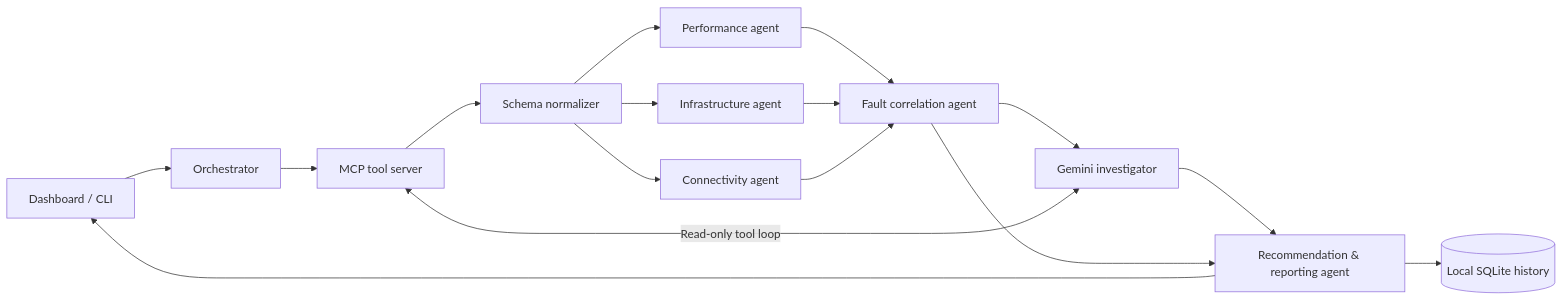
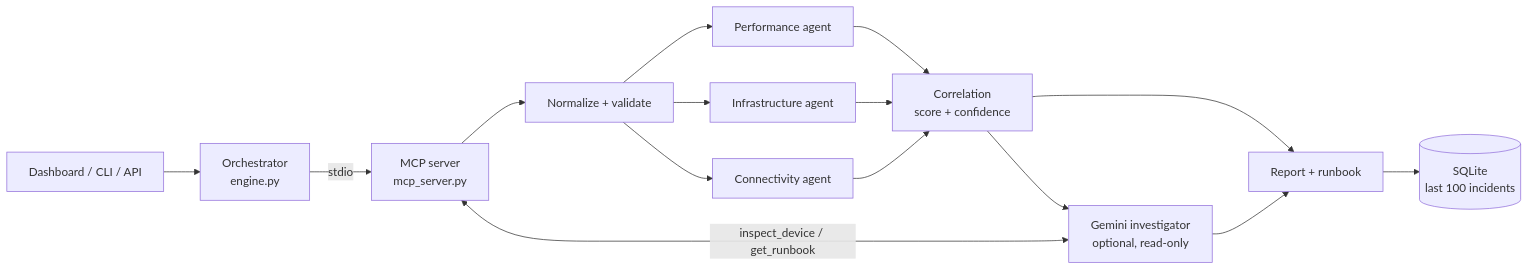
The diagram in README.md (1vansh-5/T1), drawn with Mermaid before and after one commit. The commit also changed other lines of this file, not shown here.

````diff
--- a/README.md
+++ b/README.md
@@ -48,18 +27,17 @@
 ```mermaid
 flowchart LR
-    UI[Dashboard / CLI] --> O[Orchestrator]
-    O --> M[MCP tool server]
-    M --> N[Schema normalizer]
+    UI[Dashboard / CLI / API] --> O[Orchestrator<br/>engine.py]
+    O -->|stdio| M[MCP server<br/>mcp_server.py]
+    M --> N[Normalize + validate]
     N --> P[Performance agent]
     N --> I[Infrastructure agent]
     N --> C[Connectivity agent]
-    P --> F[Fault correlation agent]
+    P --> F[Correlation<br/>score + confidence]
     I --> F
     C --> F
-    F --> G[Gemini investigator]
-    G <-->|Read-only tool loop| M
-    G --> R[Recommendation & reporting agent]
-    F --> R
-    R --> UI
-    R --> DB[(Local SQLite history)]
+    F --> G[Gemini investigator<br/>optional, read-only]
+    G <-->|inspect_device / get_runbook| M
+    F --> R[Report + runbook]
+    G --> R
+    R --> DB[(SQLite<br/>last 100 incidents)]
 ```
````
